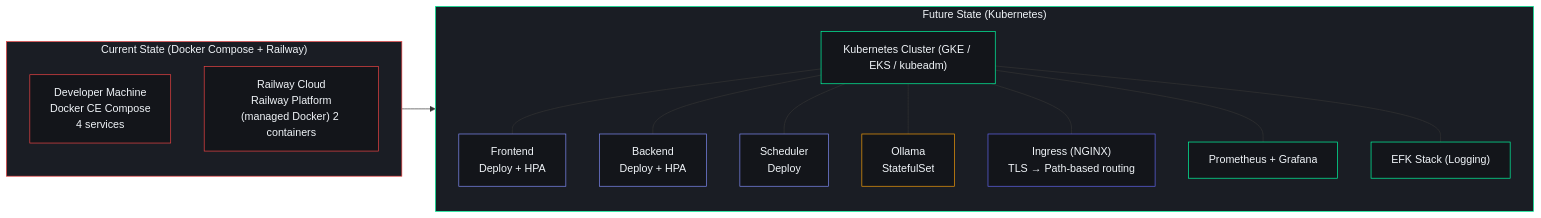
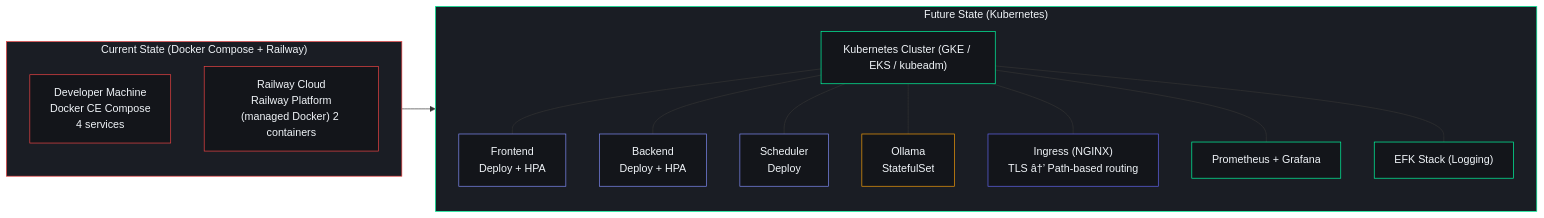
One commit to rohitkumarnaidu/ARIA-OS---SecondBrain- changed the first of 5 diagrams in docs/devops/Kubernetes.md. Above: the diagram before and after it, drawn with Mermaid. The commit also changed other lines of this file and 9 other files, not shown here.

````diff
--- a/docs/devops/Kubernetes.md
+++ b/docs/devops/Kubernetes.md
@@ -39,41 +39,41 @@
 ```mermaid
 graph LR
     subgraph Current["Current State (Docker Compose + Railway)"]
         DevMachine["Developer Machine<br/>Docker CE Compose<br/>4 services"]
         Railway["Railway Cloud<br/>Railway Platform<br/>(managed Docker) 2 containers"]
     end
 
     subgraph Future["Future State (Kubernetes)"]
         K8sCluster["Kubernetes Cluster (GKE / EKS / kubeadm)"]
         FrontendK8s["Frontend<br/>Deploy + HPA"]
         BackendK8s["Backend<br/>Deploy + HPA"]
         SchedulerK8s["Scheduler<br/>Deploy"]
         OllamaK8s["Ollama<br/>StatefulSet"]
-        Ingress["Ingress (NGINX)<br/>TLS → Path-based routing"]
+        Ingress["Ingress (NGINX)<br/>TLS â†’ Path-based routing"]
         Monitoring["Prometheus + Grafana"]
         Logging["EFK Stack (Logging)"]
 
         K8sCluster --- FrontendK8s
         K8sCluster --- BackendK8s
         K8sCluster --- SchedulerK8s
         K8sCluster --- OllamaK8s
         K8sCluster --- Ingress
         K8sCluster --- Monitoring
         K8sCluster --- Logging
     end
 
     Current --> Future
 
     style Current fill:#1A1D24,stroke:#EF4444,color:#F1F5F9
     style DevMachine fill:#13151A,stroke:#EF4444,color:#F1F5F9
     style Railway fill:#13151A,stroke:#EF4444,color:#F1F5F9
     style Future fill:#1A1D24,stroke:#00FFA3,color:#F1F5F9
     style K8sCluster fill:#13151A,stroke:#00FFA3,color:#F1F5F9
     style FrontendK8s fill:#13151A,stroke:#818CF8,color:#F1F5F9
     style BackendK8s fill:#13151A,stroke:#818CF8,color:#F1F5F9
     style SchedulerK8s fill:#13151A,stroke:#818CF8,color:#F1F5F9
     style OllamaK8s fill:#13151A,stroke:#F59E0B,color:#F1F5F9
     style Ingress fill:#13151A,stroke:#6366F1,color:#F1F5F9
     style Monitoring fill:#13151A,stroke:#00FFA3,color:#F1F5F9
     style Logging fill:#13151A,stroke:#00FFA3,color:#F1F5F9
 ```
````
